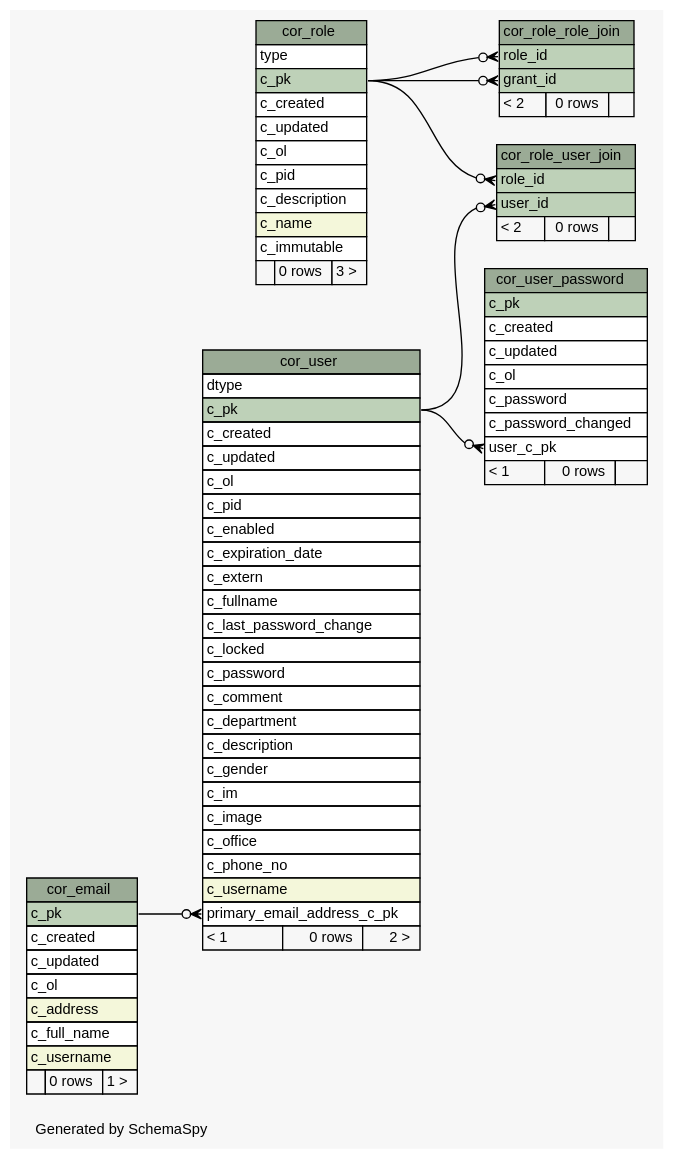
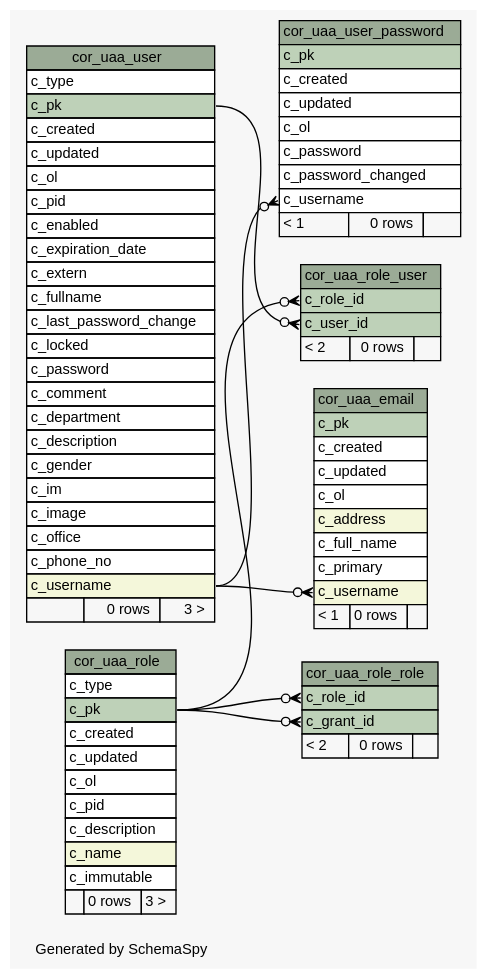
One commit to openwms/org.openwms.core.uaa changed the diagram in schemaspy/diagrams/summary/relationships.real.large.dot. Above: the diagram before and after it, drawn with Graphviz. The commit also changed 400 other files, not shown here.

```diff
--- a/schemaspy/diagrams/summary/relationships.real.large.dot
+++ b/schemaspy/diagrams/summary/relationships.real.large.dot
@@ -1,132 +1,132 @@
 // dot 2.38.0 on Linux 4.15.0-1055-gcp
 // SchemaSpy rev Unknown
 digraph "largeRelationshipsDiagram" {
   graph [
     rankdir="RL"
     bgcolor="#f7f7f7"
     label="\nGenerated by SchemaSpy"
     labeljust="l"
     nodesep="0.18"
     ranksep="0.46"
     fontname="Helvetica"
     fontsize="11"
   ];
   node [
     fontname="Helvetica"
     fontsize="11"
     shape="plaintext"
   ];
   edge [
     arrowsize="0.8"
   ];
-  "cor_email" [
+  "cor_uaa_email" [
     label=<
     <TABLE BORDER="0" CELLBORDER="1" CELLSPACING="0" BGCOLOR="#ffffff">
-      <TR><TD COLSPAN="3" BGCOLOR="#9bab96" ALIGN="CENTER">cor_email</TD></TR>
+      <TR><TD COLSPAN="3" BGCOLOR="#9bab96" ALIGN="CENTER">cor_uaa_email</TD></TR>
       <TR><TD PORT="c_pk" COLSPAN="3" BGCOLOR="#bed1b8" ALIGN="LEFT">c_pk</TD></TR>
       <TR><TD PORT="c_created" COLSPAN="3" ALIGN="LEFT">c_created</TD></TR>
       <TR><TD PORT="c_updated" COLSPAN="3" ALIGN="LEFT">c_updated</TD></TR>
       <TR><TD PORT="c_ol" COLSPAN="3" ALIGN="LEFT">c_ol</TD></TR>
       <TR><TD PORT="c_address" COLSPAN="3" BGCOLOR="#f4f7da" ALIGN="LEFT">c_address</TD></TR>
       <TR><TD PORT="c_full_name" COLSPAN="3" ALIGN="LEFT">c_full_name</TD></TR>
+      <TR><TD PORT="c_primary" COLSPAN="3" ALIGN="LEFT">c_primary</TD></TR>
       <TR><TD PORT="c_username" COLSPAN="3" BGCOLOR="#f4f7da" ALIGN="LEFT">c_username</TD></TR>
-      <TR><TD ALIGN="LEFT" BGCOLOR="#f7f7f7">  </TD><TD ALIGN="RIGHT" BGCOLOR="#f7f7f7">0 rows</TD><TD ALIGN="RIGHT" BGCOLOR="#f7f7f7">1 &gt;</TD></TR>
+      <TR><TD ALIGN="LEFT" BGCOLOR="#f7f7f7">&lt; 1</TD><TD ALIGN="RIGHT" BGCOLOR="#f7f7f7">0 rows</TD><TD ALIGN="RIGHT" BGCOLOR="#f7f7f7">  </TD></TR>
     </TABLE>>
-    URL="tables/cor_email.html"
-    tooltip="cor_email"
+    URL="tables/cor_uaa_email.html"
+    tooltip="cor_uaa_email"
   ];
-  "cor_role" [
+  "cor_uaa_role" [
     label=<
     <TABLE BORDER="0" CELLBORDER="1" CELLSPACING="0" BGCOLOR="#ffffff">
-      <TR><TD COLSPAN="3" BGCOLOR="#9bab96" ALIGN="CENTER">cor_role</TD></TR>
-      <TR><TD PORT="type" COLSPAN="3" ALIGN="LEFT">type</TD></TR>
+      <TR><TD COLSPAN="3" BGCOLOR="#9bab96" ALIGN="CENTER">cor_uaa_role</TD></TR>
+      <TR><TD PORT="c_type" COLSPAN="3" ALIGN="LEFT">c_type</TD></TR>
       <TR><TD PORT="c_pk" COLSPAN="3" BGCOLOR="#bed1b8" ALIGN="LEFT">c_pk</TD></TR>
       <TR><TD PORT="c_created" COLSPAN="3" ALIGN="LEFT">c_created</TD></TR>
       <TR><TD PORT="c_updated" COLSPAN="3" ALIGN="LEFT">c_updated</TD></TR>
       <TR><TD PORT="c_ol" COLSPAN="3" ALIGN="LEFT">c_ol</TD></TR>
       <TR><TD PORT="c_pid" COLSPAN="3" ALIGN="LEFT">c_pid</TD></TR>
       <TR><TD PORT="c_description" COLSPAN="3" ALIGN="LEFT">c_description</TD></TR>
       <TR><TD PORT="c_name" COLSPAN="3" BGCOLOR="#f4f7da" ALIGN="LEFT">c_name</TD></TR>
       <TR><TD PORT="c_immutable" COLSPAN="3" ALIGN="LEFT">c_immutable</TD></TR>
       <TR><TD ALIGN="LEFT" BGCOLOR="#f7f7f7">  </TD><TD ALIGN="RIGHT" BGCOLOR="#f7f7f7">0 rows</TD><TD ALIGN="RIGHT" BGCOLOR="#f7f7f7">3 &gt;</TD></TR>
     </TABLE>>
-    URL="tables/cor_role.html"
-    tooltip="cor_role"
+    URL="tables/cor_uaa_role.html"
+    tooltip="cor_uaa_role"
   ];
-  "cor_role_role_join" [
+  "cor_uaa_role_role" [
     label=<
     <TABLE BORDER="0" CELLBORDER="1" CELLSPACING="0" BGCOLOR="#ffffff">
-      <TR><TD COLSPAN="3" BGCOLOR="#9bab96" ALIGN="CENTER">cor_role_role_join</TD></TR>
-      <TR><TD PORT="role_id" COLSPAN="3" BGCOLOR="#bed1b8" ALIGN="LEFT">role_id</TD></TR>
-      <TR><TD PORT="grant_id" COLSPAN="3" BGCOLOR="#bed1b8" ALIGN="LEFT">grant_id</TD></TR>
+      <TR><TD COLSPAN="3" BGCOLOR="#9bab96" ALIGN="CENTER">cor_uaa_role_role</TD></TR>
+      <TR><TD PORT="c_role_id" COLSPAN="3" BGCOLOR="#bed1b8" ALIGN="LEFT">c_role_id</TD></TR>
+      <TR><TD PORT="c_grant_id" COLSPAN="3" BGCOLOR="#bed1b8" ALIGN="LEFT">c_grant_id</TD></TR>
       <TR><TD ALIGN="LEFT" BGCOLOR="#f7f7f7">&lt; 2</TD><TD ALIGN="RIGHT" BGCOLOR="#f7f7f7">0 rows</TD><TD ALIGN="RIGHT" BGCOLOR="#f7f7f7">  </TD></TR>
     </TABLE>>
-    URL="tables/cor_role_role_join.html"
-    tooltip="cor_role_role_join"
+    URL="tables/cor_uaa_role_role.html"
+    tooltip="cor_uaa_role_role"
   ];
-  "cor_role_user_join" [
+  "cor_uaa_role_user" [
     label=<
     <TABLE BORDER="0" CELLBORDER="1" CELLSPACING="0" BGCOLOR="#ffffff">
-      <TR><TD COLSPAN="3" BGCOLOR="#9bab96" ALIGN="CENTER">cor_role_user_join</TD></TR>
-      <TR><TD PORT="role_id" COLSPAN="3" BGCOLOR="#bed1b8" ALIGN="LEFT">role_id</TD></TR>
-      <TR><TD PORT="user_id" COLSPAN="3" BGCOLOR="#bed1b8" ALIGN="LEFT">user_id</TD></TR>
+      <TR><TD COLSPAN="3" BGCOLOR="#9bab96" ALIGN="CENTER">cor_uaa_role_user</TD></TR>
+      <TR><TD PORT="c_role_id" COLSPAN="3" BGCOLOR="#bed1b8" ALIGN="LEFT">c_role_id</TD></TR>
+      <TR><TD PORT="c_user_id" COLSPAN="3" BGCOLOR="#bed1b8" ALIGN="LEFT">c_user_id</TD></TR>
       <TR><TD ALIGN="LEFT" BGCOLOR="#f7f7f7">&lt; 2</TD><TD ALIGN="RIGHT" BGCOLOR="#f7f7f7">0 rows</TD><TD ALIGN="RIGHT" BGCOLOR="#f7f7f7">  </TD></TR>
     </TABLE>>
-    URL="tables/cor_role_user_join.html"
-    tooltip="cor_role_user_join"
+    URL="tables/cor_uaa_role_user.html"
+    tooltip="cor_uaa_role_user"
   ];
-  "cor_user" [
+  "cor_uaa_user" [
     label=<
     <TABLE BORDER="0" CELLBORDER="1" CELLSPACING="0" BGCOLOR="#ffffff">
-      <TR><TD COLSPAN="3" BGCOLOR="#9bab96" ALIGN="CENTER">cor_user</TD></TR>
-      <TR><TD PORT="dtype" COLSPAN="3" ALIGN="LEFT">dtype</TD></TR>
+      <TR><TD COLSPAN="3" BGCOLOR="#9bab96" ALIGN="CENTER">cor_uaa_user</TD></TR>
+      <TR><TD PORT="c_type" COLSPAN="3" ALIGN="LEFT">c_type</TD></TR>
       <TR><TD PORT="c_pk" COLSPAN="3" BGCOLOR="#bed1b8" ALIGN="LEFT">c_pk</TD></TR>
       <TR><TD PORT="c_created" COLSPAN="3" ALIGN="LEFT">c_created</TD></TR>
       <TR><TD PORT="c_updated" COLSPAN="3" ALIGN="LEFT">c_updated</TD></TR>
       <TR><TD PORT="c_ol" COLSPAN="3" ALIGN="LEFT">c_ol</TD></TR>
       <TR><TD PORT="c_pid" COLSPAN="3" ALIGN="LEFT">c_pid</TD></TR>
       <TR><TD PORT="c_enabled" COLSPAN="3" ALIGN="LEFT">c_enabled</TD></TR>
       <TR><TD PORT="c_expiration_date" COLSPAN="3" ALIGN="LEFT">c_expiration_date</TD></TR>
       <TR><TD PORT="c_extern" COLSPAN="3" ALIGN="LEFT">c_extern</TD></TR>
       <TR><TD PORT="c_fullname" COLSPAN="3" ALIGN="LEFT">c_fullname</TD></TR>
       <TR><TD PORT="c_last_password_change" COLSPAN="3" ALIGN="LEFT">c_last_password_change</TD></TR>
       <TR><TD PORT="c_locked" COLSPAN="3" ALIGN="LEFT">c_locked</TD></TR>
       <TR><TD PORT="c_password" COLSPAN="3" ALIGN="LEFT">c_password</TD></TR>
       <TR><TD PORT="c_comment" COLSPAN="3" ALIGN="LEFT">c_comment</TD></TR>
       <TR><TD PORT="c_department" COLSPAN="3" ALIGN="LEFT">c_department</TD></TR>
       <TR><TD PORT="c_description" COLSPAN="3" ALIGN="LEFT">c_description</TD></TR>
       <TR><TD PORT="c_gender" COLSPAN="3" ALIGN="LEFT">c_gender</TD></TR>
       <TR><TD PORT="c_im" COLSPAN="3" ALIGN="LEFT">c_im</TD></TR>
       <TR><TD PORT="c_image" COLSPAN="3" ALIGN="LEFT">c_image</TD></TR>
       <TR><TD PORT="c_office" COLSPAN="3" ALIGN="LEFT">c_office</TD></TR>
       <TR><TD PORT="c_phone_no" COLSPAN="3" ALIGN="LEFT">c_phone_no</TD></TR>
       <TR><TD PORT="c_username" COLSPAN="3" BGCOLOR="#f4f7da" ALIGN="LEFT">c_username</TD></TR>
-      <TR><TD PORT="primary_email_address_c_pk" COLSPAN="3" ALIGN="LEFT">primary_email_address_c_pk</TD></TR>
-      <TR><TD ALIGN="LEFT" BGCOLOR="#f7f7f7">&lt; 1</TD><TD ALIGN="RIGHT" BGCOLOR="#f7f7f7">0 rows</TD><TD ALIGN="RIGHT" BGCOLOR="#f7f7f7">2 &gt;</TD></TR>
+      <TR><TD ALIGN="LEFT" BGCOLOR="#f7f7f7">  </TD><TD ALIGN="RIGHT" BGCOLOR="#f7f7f7">0 rows</TD><TD ALIGN="RIGHT" BGCOLOR="#f7f7f7">3 &gt;</TD></TR>
     </TABLE>>
-    URL="tables/cor_user.html"
-    tooltip="cor_user"
+    URL="tables/cor_uaa_user.html"
+    tooltip="cor_uaa_user"
   ];
-  "cor_user_password" [
+  "cor_uaa_user_password" [
     label=<
     <TABLE BORDER="0" CELLBORDER="1" CELLSPACING="0" BGCOLOR="#ffffff">
-      <TR><TD COLSPAN="3" BGCOLOR="#9bab96" ALIGN="CENTER">cor_user_password</TD></TR>
+      <TR><TD COLSPAN="3" BGCOLOR="#9bab96" ALIGN="CENTER">cor_uaa_user_password</TD></TR>
       <TR><TD PORT="c_pk" COLSPAN="3" BGCOLOR="#bed1b8" ALIGN="LEFT">c_pk</TD></TR>
       <TR><TD PORT="c_created" COLSPAN="3" ALIGN="LEFT">c_created</TD></TR>
       <TR><TD PORT="c_updated" COLSPAN="3" ALIGN="LEFT">c_updated</TD></TR>
       <TR><TD PORT="c_ol" COLSPAN="3" ALIGN="LEFT">c_ol</TD></TR>
       <TR><TD PORT="c_password" COLSPAN="3" ALIGN="LEFT">c_password</TD></TR>
       <TR><TD PORT="c_password_changed" COLSPAN="3" ALIGN="LEFT">c_password_changed</TD></TR>
-      <TR><TD PORT="user_c_pk" COLSPAN="3" ALIGN="LEFT">user_c_pk</TD></TR>
+      <TR><TD PORT="c_username" COLSPAN="3" ALIGN="LEFT">c_username</TD></TR>
       <TR><TD ALIGN="LEFT" BGCOLOR="#f7f7f7">&lt; 1</TD><TD ALIGN="RIGHT" BGCOLOR="#f7f7f7">0 rows</TD><TD ALIGN="RIGHT" BGCOLOR="#f7f7f7">  </TD></TR>
     </TABLE>>
-    URL="tables/cor_user_password.html"
-    tooltip="cor_user_password"
+    URL="tables/cor_uaa_user_password.html"
+    tooltip="cor_uaa_user_password"
   ];
-  "cor_role_role_join":"grant_id":w -> "cor_role":"c_pk":e [arrowhead=none dir=back arrowtail=crowodot];
-  "cor_role_role_join":"role_id":w -> "cor_role":"c_pk":e [arrowhead=none dir=back arrowtail=crowodot];
-  "cor_role_user_join":"role_id":w -> "cor_role":"c_pk":e [arrowhead=none dir=back arrowtail=crowodot];
-  "cor_role_user_join":"user_id":w -> "cor_user":"c_pk":e [arrowhead=none dir=back arrowtail=crowodot];
-  "cor_user":"primary_email_address_c_pk":w -> "cor_email":"c_pk":e [arrowhead=none dir=back arrowtail=crowodot];
-  "cor_user_password":"user_c_pk":w -> "cor_user":"c_pk":e [arrowhead=none dir=back arrowtail=crowodot];
+  "cor_uaa_email":"c_username":w -> "cor_uaa_user":"c_username":e [arrowhead=none dir=back arrowtail=crowodot];
+  "cor_uaa_role_role":"c_grant_id":w -> "cor_uaa_role":"c_pk":e [arrowhead=none dir=back arrowtail=crowodot];
+  "cor_uaa_role_role":"c_role_id":w -> "cor_uaa_role":"c_pk":e [arrowhead=none dir=back arrowtail=crowodot];
+  "cor_uaa_role_user":"c_role_id":w -> "cor_uaa_role":"c_pk":e [arrowhead=none dir=back arrowtail=crowodot];
+  "cor_uaa_role_user":"c_user_id":w -> "cor_uaa_user":"c_pk":e [arrowhead=none dir=back arrowtail=crowodot];
+  "cor_uaa_user_password":"c_username":w -> "cor_uaa_user":"c_username":e [arrowhead=none dir=back arrowtail=crowodot];
 }
```
